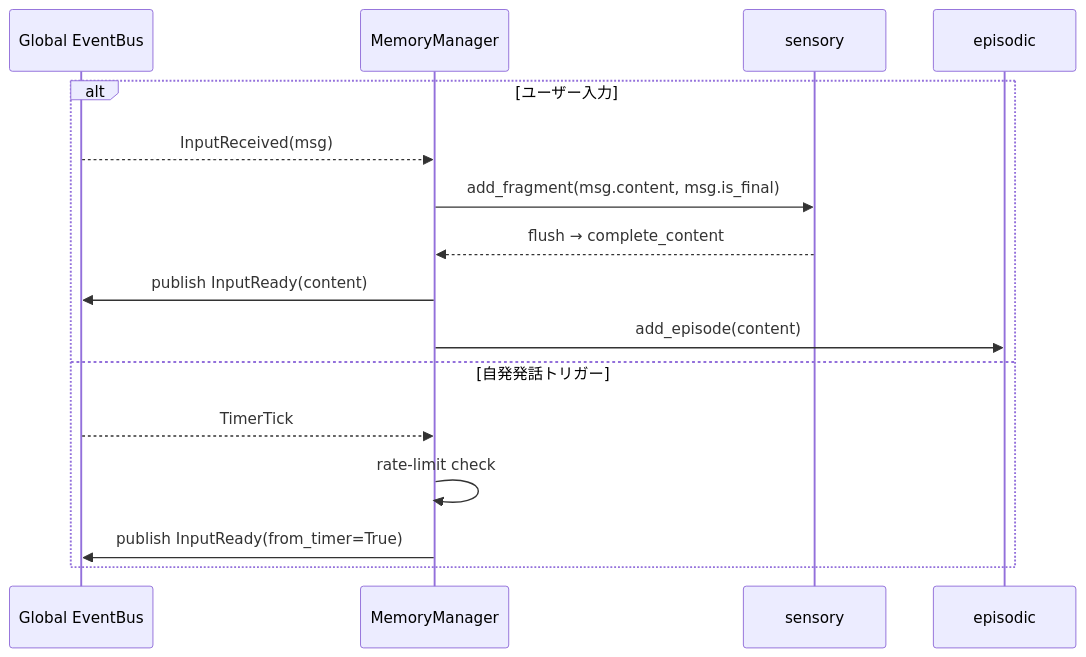
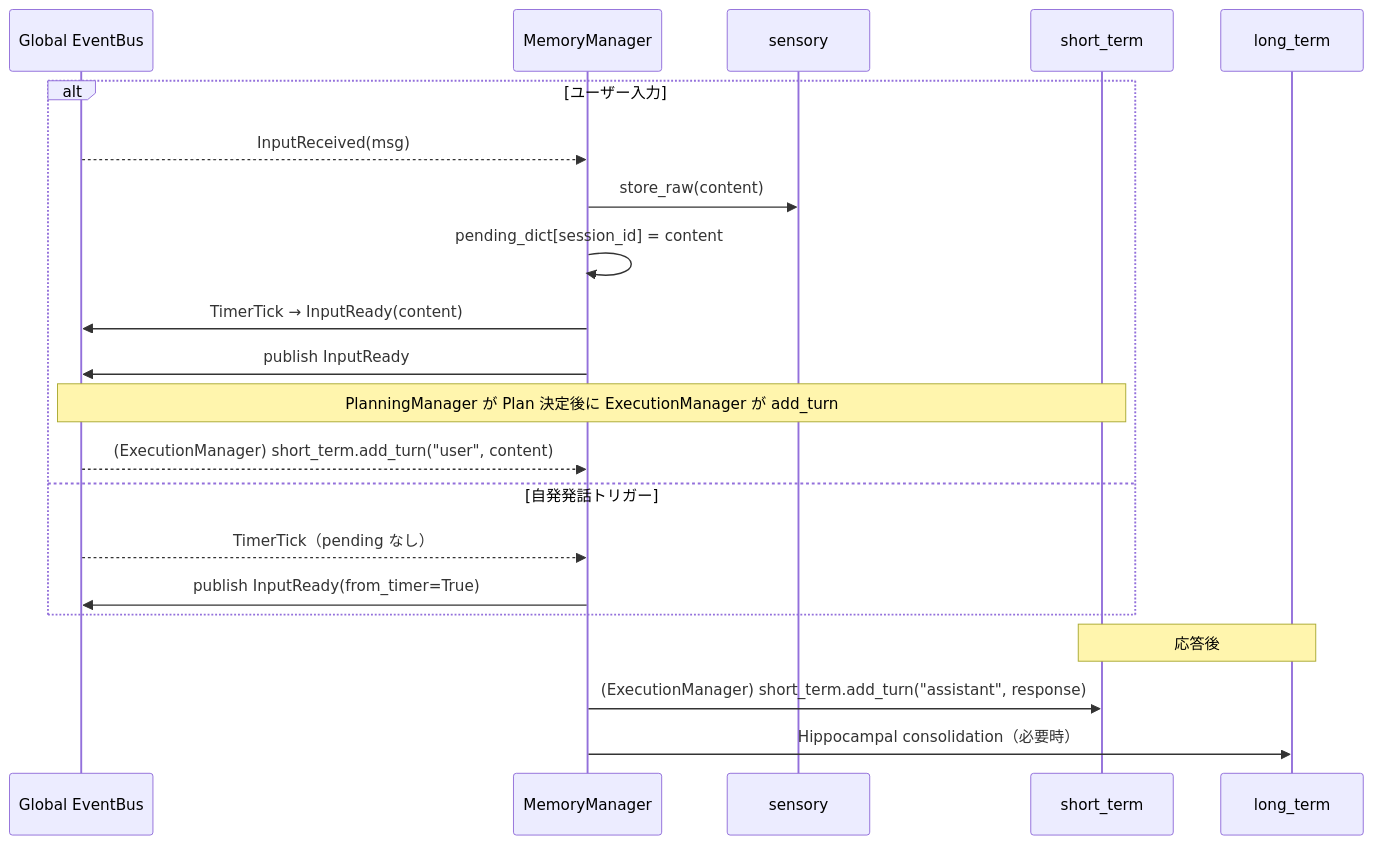
One commit to ibukani/iris-mind changed the diagram in docs/memory-layer.md. Above: the diagram before and after it, drawn with Mermaid. The commit also changed other lines of this file and 24 other files, not shown here.

First line of the commit message:
Refactor/memory architecture (#15)

````diff
--- a/docs/memory-layer.md
+++ b/docs/memory-layer.md
@@ -198,19 +190,26 @@
 ```mermaid
 sequenceDiagram
     participant EB as Global EventBus
     participant MGR as MemoryManager
     participant SEN as sensory
-    participant EP as episodic
+    participant STM as short_term
+    participant LTM as long_term
 
     alt ユーザー入力
         EB-->>MGR: InputReceived(msg)
-        MGR->>SEN: add_fragment(msg.content, msg.is_final)
-        SEN-->>MGR: flush → complete_content
-        MGR->>EB: publish InputReady(content)
-        MGR->>EP: add_episode(content)
+        MGR->>SEN: store_raw(content)
+        MGR->>MGR: pending_dict[session_id] = content
+        MGR->>EB: TimerTick → InputReady(content)
+        MGR->>EB: publish InputReady
+
+        Note over EB,STM: PlanningManager が Plan 決定後に ExecutionManager が add_turn
+        EB-->>MGR: (ExecutionManager) short_term.add_turn("user", content)
     else 自発発話トリガー
-        EB-->>MGR: TimerTick
-        MGR->>MGR: rate-limit check
+        EB-->>MGR: TimerTick（pending なし）
         MGR->>EB: publish InputReady(from_timer=True)
     end
+
+    Note over STM,LTM: 応答後
+    MGR->>STM: (ExecutionManager) short_term.add_turn("assistant", response)
+    MGR->>LTM: Hippocampal consolidation（必要時）
 ```
````
